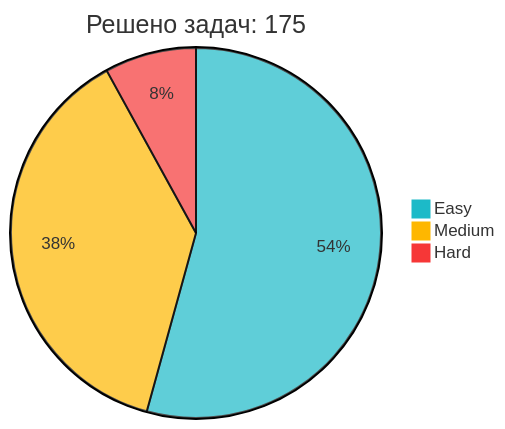
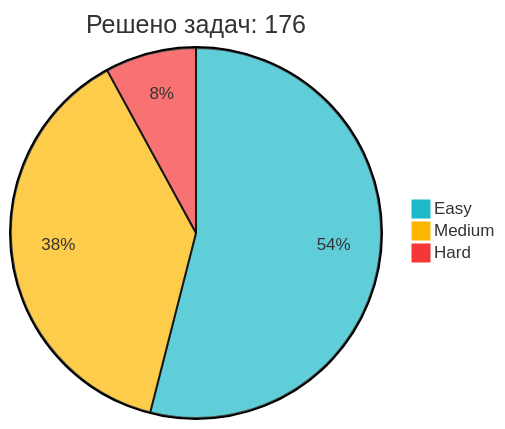
One commit to IliaKurdukov/IliaKurdukov changed the diagram in README.md. Above: the diagram before and after it, drawn with Mermaid. The commit also changed other lines of this file, not shown here.

Commit message:
📈 Обновление статистики LeetCode

````diff
--- a/README.md
+++ b/README.md
@@ -51,7 +51,7 @@
 ```mermaid
 %%{init: {'theme': 'base', 'themeVariables': { 'pie1': '#1CBAC8', 'pie2': '#FEB700', 'pie3': '#F63737' }, 'config': {'width': 300, 'height': 200}}}%%
-pie title Решено задач: 175
+pie title Решено задач: 176
    "Easy" : 95
-   "Medium" : 66
+   "Medium" : 67
    "Hard" : 14
 ```
````
